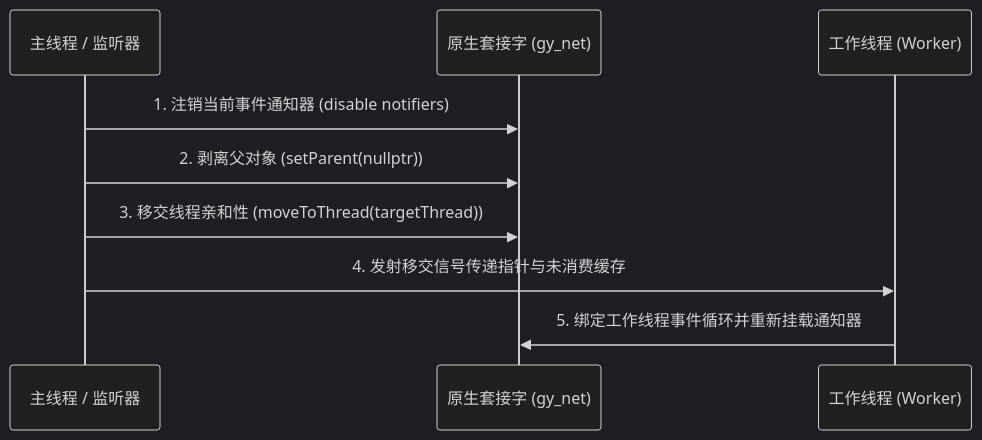
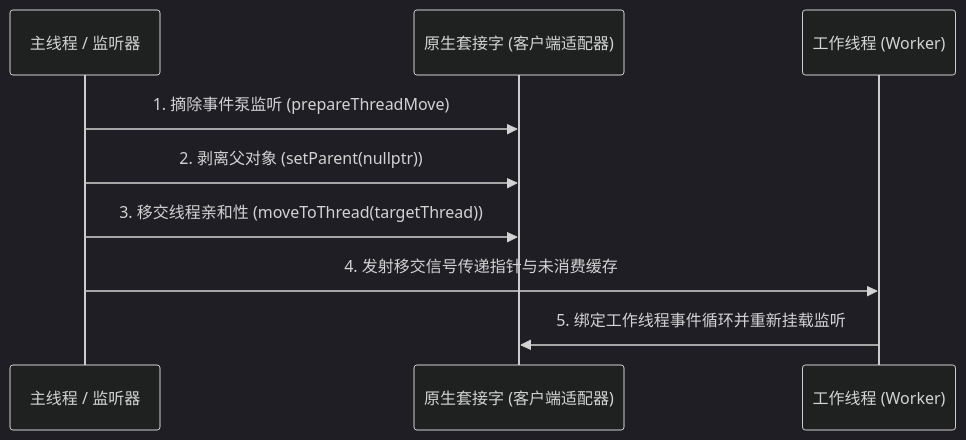
The second of 2 diagrams in doc/dev-manual/规格与设计/鸽邮(GridYard)——C++23与Qt6工程代码规范.md (Gsheep0729/GridYard), drawn with Mermaid (dark theme) before and after one commit. The commit also changed other lines of this file and 4 other files, not shown here.

````diff
--- a/doc/dev-manual/规格与设计/鸽邮(GridYard)——C++23与Qt6工程代码规范.md
+++ b/doc/dev-manual/规格与设计/鸽邮(GridYard)——C++23与Qt6工程代码规范.md
@@ -148,12 +151,12 @@
 ```mermaid
 sequenceDiagram
     participant Main as 主线程 / 监听器
-    participant Socket as 原生套接字 (gy_net)
+    participant Socket as 原生套接字 (客户端适配器)
     participant Worker as 工作线程 (Worker)
 
-    Main->>Socket: 1. 注销当前事件通知器 (disable notifiers)
+    Main->>Socket: 1. 摘除事件泵监听 (prepareThreadMove)
     Main->>Socket: 2. 剥离父对象 (setParent(nullptr))
     Main->>Socket: 3. 移交线程亲和性 (moveToThread(targetThread))
     Main->>Worker: 4. 发射移交信号传递指针与未消费缓存
-    Worker->>Socket: 5. 绑定工作线程事件循环并重新挂载通知器
+    Worker->>Socket: 5. 绑定工作线程事件循环并重新挂载监听
 ```
````
